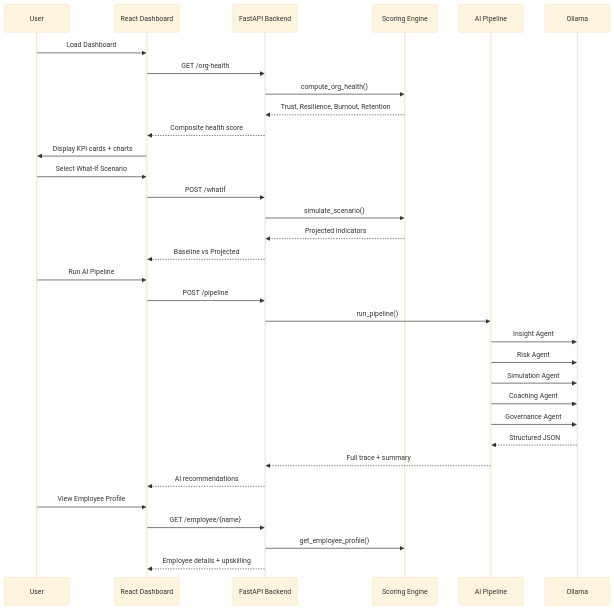
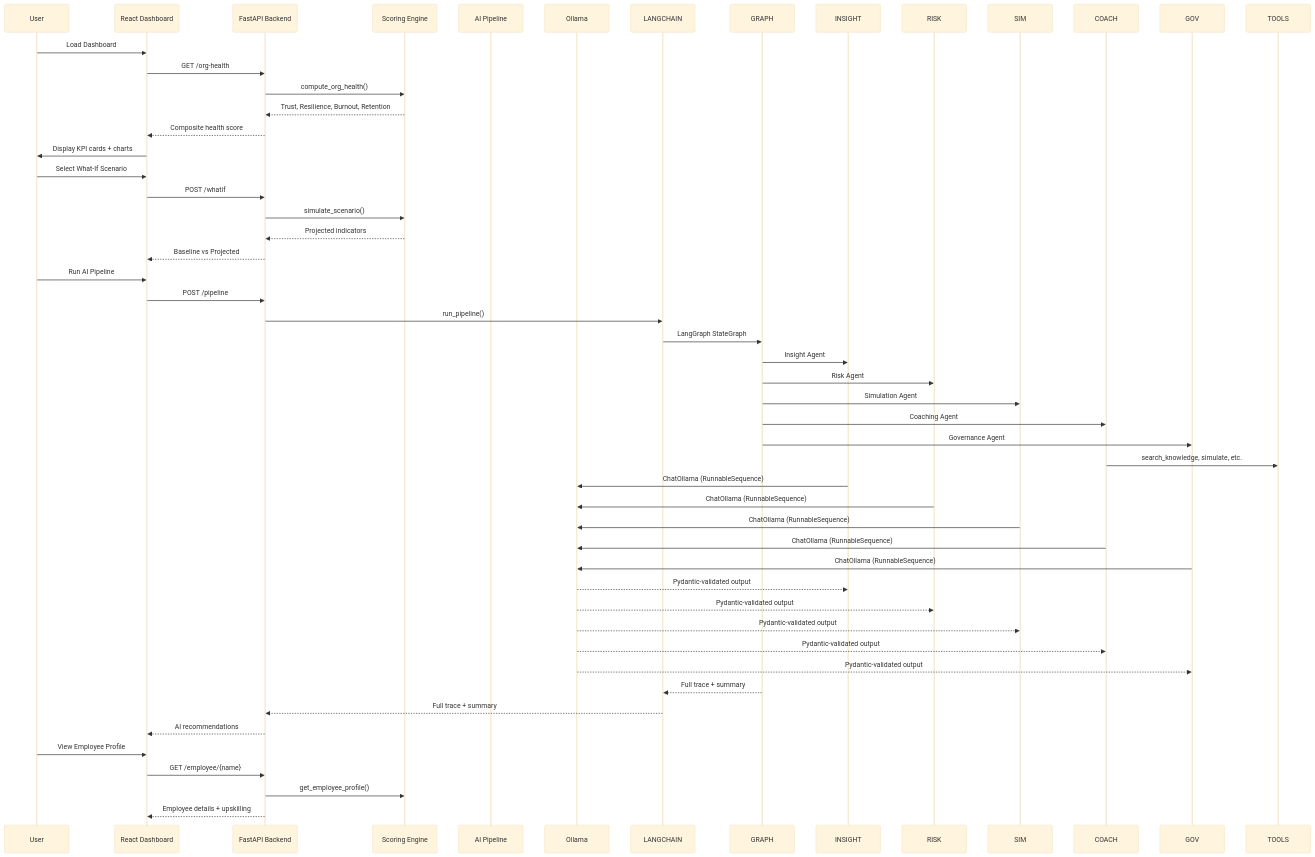
The second of 2 diagrams in ARCHITECTURE.md (Prathamesh0816/Hackathon-Project), drawn with Mermaid (base theme) before and after one commit. The commit also changed other lines of this file and 21 other files, not shown here.

````diff
--- a/ARCHITECTURE.md
+++ b/ARCHITECTURE.md
@@ -60,39 +73,51 @@
 ```mermaid
 sequenceDiagram
     participant User
     participant UI as React Dashboard
     participant API as FastAPI Backend
     participant Engine as Scoring Engine
     participant Agents as AI Pipeline
     participant LLM as Ollama
 
     User->>UI: Load Dashboard
     UI->>API: GET /org-health
     API->>Engine: compute_org_health()
     Engine-->>API: Trust, Resilience, Burnout, Retention
     API-->>UI: Composite health score
     UI->>User: Display KPI cards + charts
 
     User->>UI: Select What-If Scenario
     UI->>API: POST /whatif
     API->>Engine: simulate_scenario()
     Engine-->>API: Projected indicators
     API-->>UI: Baseline vs Projected
 
     User->>UI: Run AI Pipeline
     UI->>API: POST /pipeline
-    API->>Agents: run_pipeline()
-    Agents->>LLM: Insight Agent
-    Agents->>LLM: Risk Agent
-    Agents->>LLM: Simulation Agent
-    Agents->>LLM: Coaching Agent
-    Agents->>LLM: Governance Agent
-    LLM-->>Agents: Structured JSON
-    Agents-->>API: Full trace + summary
+    API->>LANGCHAIN: run_pipeline()
+    LANGCHAIN->>GRAPH: LangGraph StateGraph
+    GRAPH->>INSIGHT: Insight Agent
+    GRAPH->>RISK: Risk Agent
+    GRAPH->>SIM: Simulation Agent
+    GRAPH->>COACH: Coaching Agent
+    GRAPH->>GOV: Governance Agent
+    COACH->>TOOLS: search_knowledge, simulate, etc.
+    INSIGHT->>LLM: ChatOllama (RunnableSequence)
+    RISK->>LLM: ChatOllama (RunnableSequence)
+    SIM->>LLM: ChatOllama (RunnableSequence)
+    COACH->>LLM: ChatOllama (RunnableSequence)
+    GOV->>LLM: ChatOllama (RunnableSequence)
+    LLM-->>INSIGHT: Pydantic-validated output
+    LLM-->>RISK: Pydantic-validated output
+    LLM-->>SIM: Pydantic-validated output
+    LLM-->>COACH: Pydantic-validated output
+    LLM-->>GOV: Pydantic-validated output
+    GRAPH-->>LANGCHAIN: Full trace + summary
+    LANGCHAIN-->>API: Full trace + summary
     API-->>UI: AI recommendations
 
     User->>UI: View Employee Profile
     UI->>API: GET /employee/{name}
     API->>Engine: get_employee_profile()
     API-->>UI: Employee details + upskilling
 ```
````
